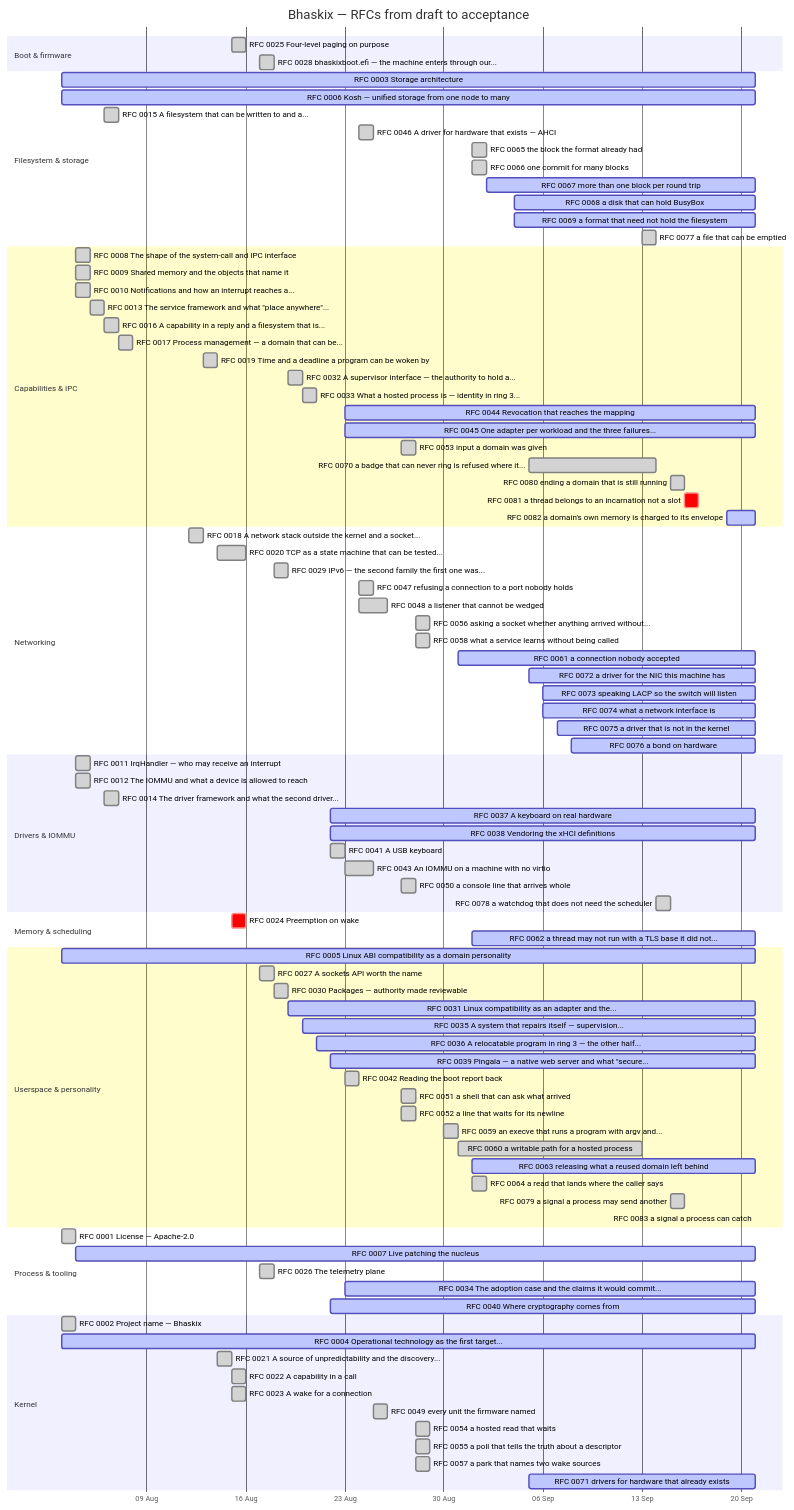
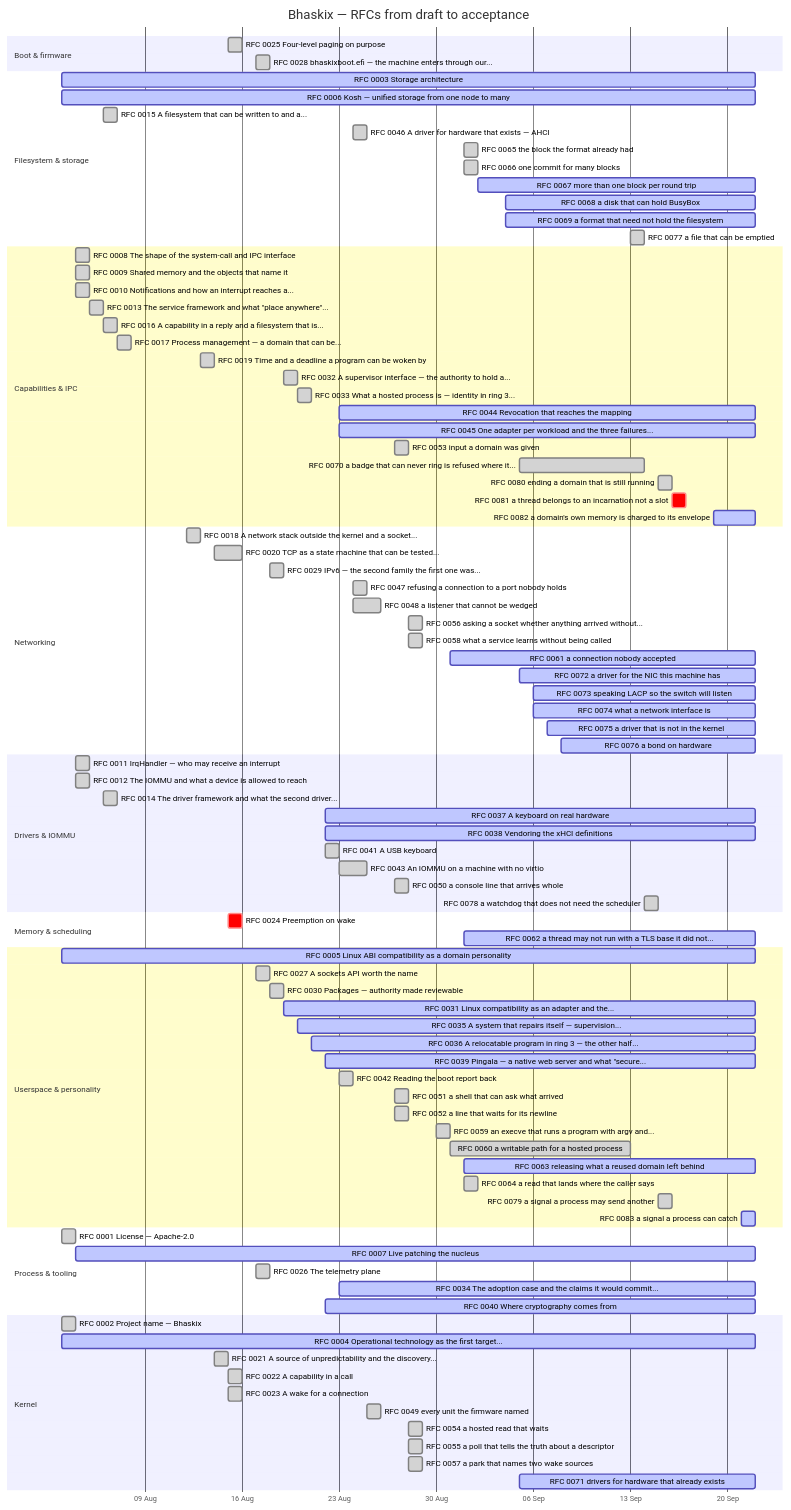
The diagram in docs/progress.md (bhaskix/bhaskix), drawn with Mermaid before and after one commit. The commit also changed other lines of this file and 2 other files, not shown here.

````diff
--- a/docs/progress.md
+++ b/docs/progress.md
@@ -31,15 +31,15 @@
     RFC 0025 Four-level paging on purpose :done, r0025, 2026-08-15, 2026-08-16
     RFC 0028 bhaskixboot.efi — the machine enters through our... :done, r0028, 2026-08-17, 2026-08-18
     section Filesystem & storage
-    RFC 0003 Storage architecture :active, r0003, 2026-08-03, 2026-09-21
-    RFC 0006 Kosh — unified storage from one node to many :active, r0006, 2026-08-03, 2026-09-21
+    RFC 0003 Storage architecture :active, r0003, 2026-08-03, 2026-09-22
+    RFC 0006 Kosh — unified storage from one node to many :active, r0006, 2026-08-03, 2026-09-22
     RFC 0015 A filesystem that can be written to and a... :done, r0015, 2026-08-06, 1d
     RFC 0046 A driver for hardware that exists — AHCI :done, r0046, 2026-08-24, 1d
     RFC 0065 the block the format already had :done, r0065, 2026-09-01, 1d
     RFC 0066 one commit for many blocks :done, r0066, 2026-09-01, 1d
-    RFC 0067 more than one block per round trip :active, r0067, 2026-09-02, 2026-09-21
-    RFC 0068 a disk that can hold BusyBox :active, r0068, 2026-09-04, 2026-09-21
-    RFC 0069 a format that need not hold the filesystem :active, r0069, 2026-09-04, 2026-09-21
+    RFC 0067 more than one block per round trip :active, r0067, 2026-09-02, 2026-09-22
+    RFC 0068 a disk that can hold BusyBox :active, r0068, 2026-09-04, 2026-09-22
+    RFC 0069 a format that need not hold the filesystem :active, r0069, 2026-09-04, 2026-09-22
     RFC 0077 a file that can be emptied :done, r0077, 2026-09-13, 1d
     section Capabilities & IPC
     RFC 0008 The shape of the system-call and IPC interface :done, r0008, 2026-08-04, 1d
@@ -51,13 +51,13 @@
     RFC 0019 Time and a deadline a program can be woken by :done, r0019, 2026-08-13, 2026-08-14
     RFC 0032 A supervisor interface — the authority to hold a... :done, r0032, 2026-08-19, 2026-08-20
     RFC 0033 What a hosted process is — identity in ring 3... :done, r0033, 2026-08-20, 1d
-    RFC 0044 Revocation that reaches the mapping :active, r0044, 2026-08-23, 2026-09-21
-    RFC 0045 One adapter per workload and the three failures... :active, r0045, 2026-08-23, 2026-09-21
+    RFC 0044 Revocation that reaches the mapping :active, r0044, 2026-08-23, 2026-09-22
+    RFC 0045 One adapter per workload and the three failures... :active, r0045, 2026-08-23, 2026-09-22
     RFC 0053 input a domain was given :done, r0053, 2026-08-27, 1d
     RFC 0070 a badge that can never ring is refused where it... :done, r0070, 2026-09-05, 2026-09-14
     RFC 0080 ending a domain that is still running :done, r0080, 2026-09-15, 1d
     RFC 0081 a thread belongs to an incarnation not a slot :crit, r0081, 2026-09-16, 1d
-    RFC 0082 a domain's own memory is charged to its envelope :active, r0082, 2026-09-19, 2026-09-21
+    RFC 0082 a domain's own memory is charged to its envelope :active, r0082, 2026-09-19, 2026-09-22
     section Networking
     RFC 0018 A network stack outside the kernel and a socket... :done, r0018, 2026-08-12, 2026-08-13
     RFC 0020 TCP as a state machine that can be tested... :done, r0020, 2026-08-14, 2026-08-16
@@ -66,51 +66,51 @@
     RFC 0048 a listener that cannot be wedged :done, r0048, 2026-08-24, 2026-08-26
     RFC 0056 asking a socket whether anything arrived without... :done, r0056, 2026-08-28, 1d
     RFC 0058 what a service learns without being called :done, r0058, 2026-08-28, 1d
-    RFC 0061 a connection nobody accepted :active, r0061, 2026-08-31, 2026-09-21
-    RFC 0072 a driver for the NIC this machine has :active, r0072, 2026-09-05, 2026-09-21
-    RFC 0073 speaking LACP so the switch will listen :active, r0073, 2026-09-06, 2026-09-21
-    RFC 0074 what a network interface is :active, r0074, 2026-09-06, 2026-09-21
-    RFC 0075 a driver that is not in the kernel :active, r0075, 2026-09-07, 2026-09-21
-    RFC 0076 a bond on hardware :active, r0076, 2026-09-08, 2026-09-21
+    RFC 0061 a connection nobody accepted :active, r0061, 2026-08-31, 2026-09-22
+    RFC 0072 a driver for the NIC this machine has :active, r0072, 2026-09-05, 2026-09-22
+    RFC 0073 speaking LACP so the switch will listen :active, r0073, 2026-09-06, 2026-09-22
+    RFC 0074 what a network interface is :active, r0074, 2026-09-06, 2026-09-22
+    RFC 0075 a driver that is not in the kernel :active, r0075, 2026-09-07, 2026-09-22
+    RFC 0076 a bond on hardware :active, r0076, 2026-09-08, 2026-09-22
     section Drivers & IOMMU
     RFC 0011 IrqHandler — who may receive an interrupt :done, r0011, 2026-08-04, 1d
     RFC 0012 The IOMMU and what a device is allowed to reach :done, r0012, 2026-08-04, 1d
     RFC 0014 The driver framework and what the second driver... :done, r0014, 2026-08-06, 1d
-    RFC 0037 A keyboard on real hardware :active, r0037, 2026-08-22, 2026-09-21
-    RFC 0038 Vendoring the xHCI definitions :active, r0038, 2026-08-22, 2026-09-21
+    RFC 0037 A keyboard on real hardware :active, r0037, 2026-08-22, 2026-09-22
+    RFC 0038 Vendoring the xHCI definitions :active, r0038, 2026-08-22, 2026-09-22
     RFC 0041 A USB keyboard :done, r0041, 2026-08-22, 2026-08-23
     RFC 0043 An IOMMU on a machine with no virtio :done, r0043, 2026-08-23, 2026-08-25
     RFC 0050 a console line that arrives whole :done, r0050, 2026-08-27, 1d
     RFC 0078 a watchdog that does not need the scheduler :done, r0078, 2026-09-14, 2026-09-15
     section Memory & scheduling
     RFC 0024 Preemption on wake :crit, r0024, 2026-08-15, 1d
-    RFC 0062 a thread may not run with a TLS base it did not... :active, r0062, 2026-09-01, 2026-09-21
+    RFC 0062 a thread may not run with a TLS base it did not... :active, r0062, 2026-09-01, 2026-09-22
     section Userspace & personality
-    RFC 0005 Linux ABI compatibility as a domain personality :active, r0005, 2026-08-03, 2026-09-21
+    RFC 0005 Linux ABI compatibility as a domain personality :active, r0005, 2026-08-03, 2026-09-22
     RFC 0027 A sockets API worth the name :done, r0027, 2026-08-17, 1d
     RFC 0030 Packages — authority made reviewable :done, r0030, 2026-08-18, 2026-08-19
-    RFC 0031 Linux compatibility as an adapter and the... :active, r0031, 2026-08-19, 2026-09-21
-    RFC 0035 A system that repairs itself — supervision... :active, r0035, 2026-08-20, 2026-09-21
-    RFC 0036 A relocatable program in ring 3 — the other half... :active, r0036, 2026-08-21, 2026-09-21
-    RFC 0039 Pingala — a native web server and what "secure... :active, r0039, 2026-08-22, 2026-09-21
+    RFC 0031 Linux compatibility as an adapter and the... :active, r0031, 2026-08-19, 2026-09-22
+    RFC 0035 A system that repairs itself — supervision... :active, r0035, 2026-08-20, 2026-09-22
+    RFC 0036 A relocatable program in ring 3 — the other half... :active, r0036, 2026-08-21, 2026-09-22
+    RFC 0039 Pingala — a native web server and what "secure... :active, r0039, 2026-08-22, 2026-09-22
     RFC 0042 Reading the boot report back :done, r0042, 2026-08-23, 1d
     RFC 0051 a shell that can ask what arrived :done, r0051, 2026-08-27, 1d
     RFC 0052 a line that waits for its newline :done, r0052, 2026-08-27, 1d
     RFC 0059 an execve that runs a program with argv and... :done, r0059, 2026-08-30, 1d
     RFC 0060 a writable path for a hosted process :done, r0060, 2026-08-31, 2026-09-13
-    RFC 0063 releasing what a reused domain left behind :active, r0063, 2026-09-01, 2026-09-21
+    RFC 0063 releasing what a reused domain left behind :active, r0063, 2026-09-01, 2026-09-22
     RFC 0064 a read that lands where the caller says :done, r0064, 2026-09-01, 1d
     RFC 0079 a signal a process may send another :done, r0079, 2026-09-15, 1d
-    RFC 0083 a signal a process can catch :active, r0083, 2026-09-21, 2026-09-21
+    RFC 0083 a signal a process can catch :active, r0083, 2026-09-21, 2026-09-22
     section Process & tooling
     RFC 0001 License — Apache-2.0 :done, r0001, 2026-08-03, 1d
-    RFC 0007 Live patching the nucleus :active, r0007, 2026-08-04, 2026-09-21
+    RFC 0007 Live patching the nucleus :active, r0007, 2026-08-04, 2026-09-22
     RFC 0026 The telemetry plane :done, r0026, 2026-08-17, 1d
-    RFC 0034 The adoption case and the claims it would commit... :active, r0034, 2026-08-23, 2026-09-21
-    RFC 0040 Where cryptography comes from :active, r0040, 2026-08-22, 2026-09-21
+    RFC 0034 The adoption case and the claims it would commit... :active, r0034, 2026-08-23, 2026-09-22
+    RFC 0040 Where cryptography comes from :active, r0040, 2026-08-22, 2026-09-22
     section Kernel
     RFC 0002 Project name — Bhaskix :done, r0002, 2026-08-03, 1d
-    RFC 0004 Operational technology as the first target... :active, r0004, 2026-08-03, 2026-09-21
+    RFC 0004 Operational technology as the first target... :active, r0004, 2026-08-03, 2026-09-22
     RFC 0021 A source of unpredictability and the discovery... :done, r0021, 2026-08-14, 1d
     RFC 0022 A capability in a call :done, r0022, 2026-08-15, 2026-08-16
     RFC 0023 A wake for a connection :done, r0023, 2026-08-15, 2026-08-16
@@ -118,5 +118,5 @@
     RFC 0054 a hosted read that waits :done, r0054, 2026-08-28, 1d
     RFC 0055 a poll that tells the truth about a descriptor :done, r0055, 2026-08-28, 1d
     RFC 0057 a park that names two wake sources :done, r0057, 2026-08-28, 1d
-    RFC 0071 drivers for hardware that already exists :active, r0071, 2026-09-05, 2026-09-21
+    RFC 0071 drivers for hardware that already exists :active, r0071, 2026-09-05, 2026-09-22
 ```
````
